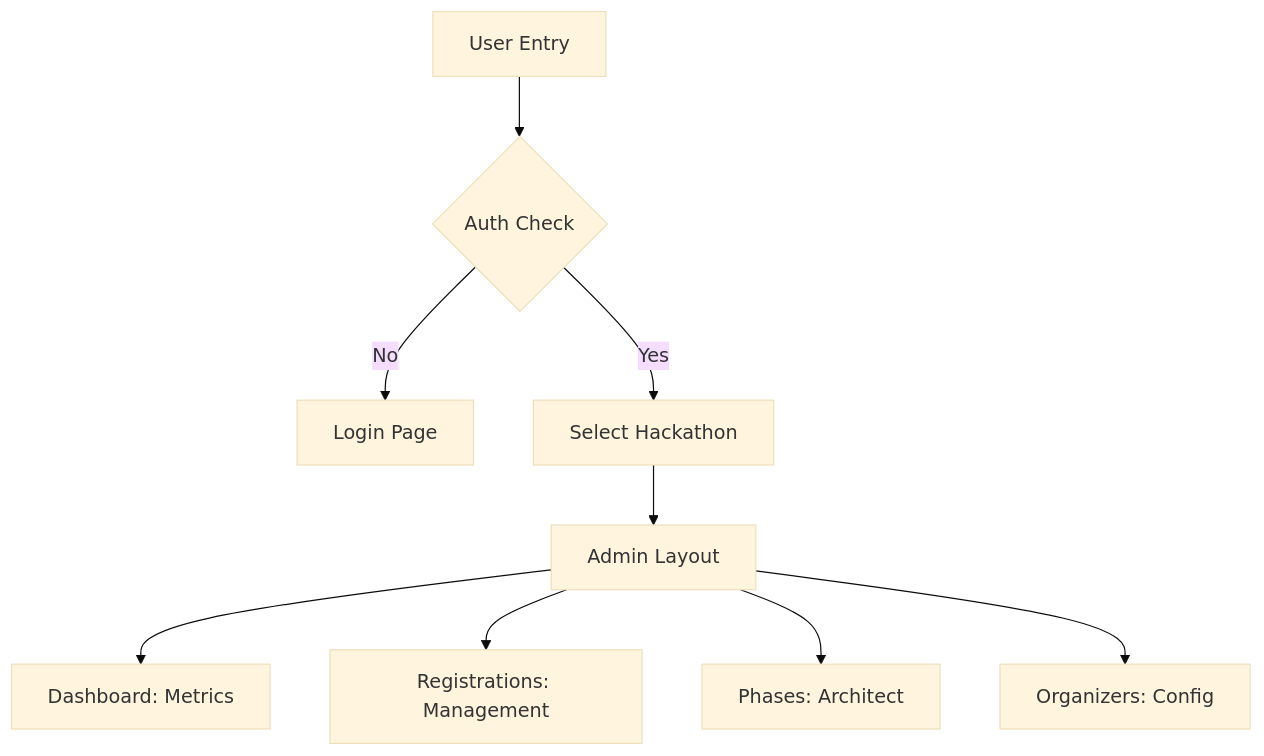
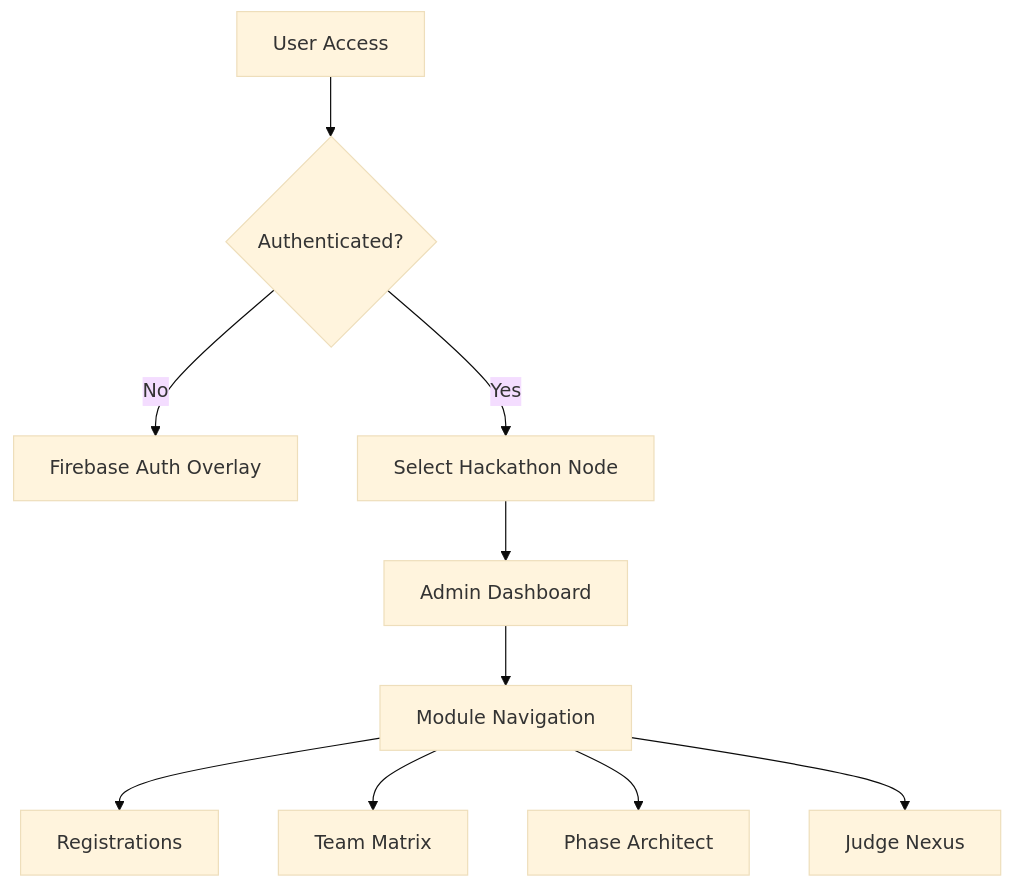
Before and after one commit to IIE-Tech-Club/admin: the diagram in README.md, drawn with Mermaid (base theme). The commit also changed other lines of this file, not shown here.

Commit message:
docs: update admin portal README with refined architecture, tech stack versions, and workflow diagrams

````diff
--- a/README.md
+++ b/README.md
@@ -28,11 +38,12 @@
 ```mermaid
 graph TD
-    A[User Entry] --> B{Auth Check}
-    B -- No --> C[Login Page]
-    B -- Yes --> D[Select Hackathon]
-    D --> E[Admin Layout]
-    E --> F[Dashboard: Metrics]
-    E --> G[Registrations: Management]
-    E --> H[Phases: Architect]
-    E --> I[Organizers: Config]
+    A[User Access] --> B{Authenticated?}
+    B -- No --> C[Firebase Auth Overlay]
+    B -- Yes --> D[Select Hackathon Node]
+    D --> E[Admin Dashboard]
+    E --> F[Module Navigation]
+    F --> G[Registrations]
+    F --> H[Team Matrix]
+    F --> I[Phase Architect]
+    F --> J[Judge Nexus]
 ```
````
